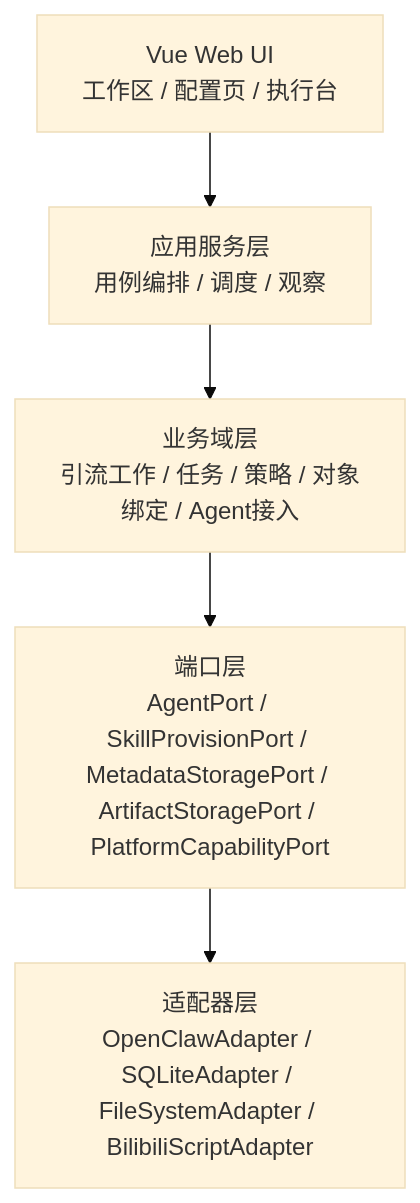
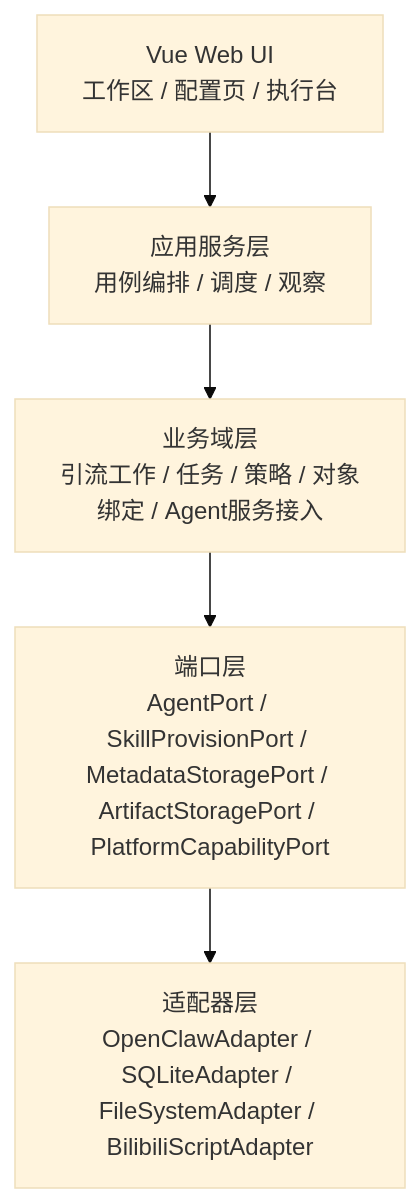
The third of 7 diagrams in docs/design/Cybernomads架构设计文档.md (Time-Machine-Lab/CyberNomads), drawn with Mermaid (base theme) before and after one commit. The commit also changed other lines of this file and 1 other file, not shown here.

First line of the commit message:
Refine Cybernomads design documents and introduce Agent service domain

````diff
--- a/docs/design/Cybernomads架构设计文档.md
+++ b/docs/design/Cybernomads架构设计文档.md
@@ -75,13 +75,13 @@
 ```mermaid
 flowchart TB
     UI["Vue Web UI<br/>工作区 / 配置页 / 执行台"]
     App["应用服务层<br/>用例编排 / 调度 / 观察"]
-    Domain["业务域层<br/>引流工作 / 任务 / 策略 / 对象绑定 / Agent接入"]
+    Domain["业务域层<br/>引流工作 / 任务 / 策略 / 对象绑定 / Agent服务接入"]
     Ports["端口层<br/>AgentPort / SkillProvisionPort / MetadataStoragePort / ArtifactStoragePort / PlatformCapabilityPort"]
     Adapters["适配器层<br/>OpenClawAdapter / SQLiteAdapter / FileSystemAdapter / BilibiliScriptAdapter"]
 
     UI --> App
     App --> Domain
     Domain --> Ports
     Ports --> Adapters
 ```
````
